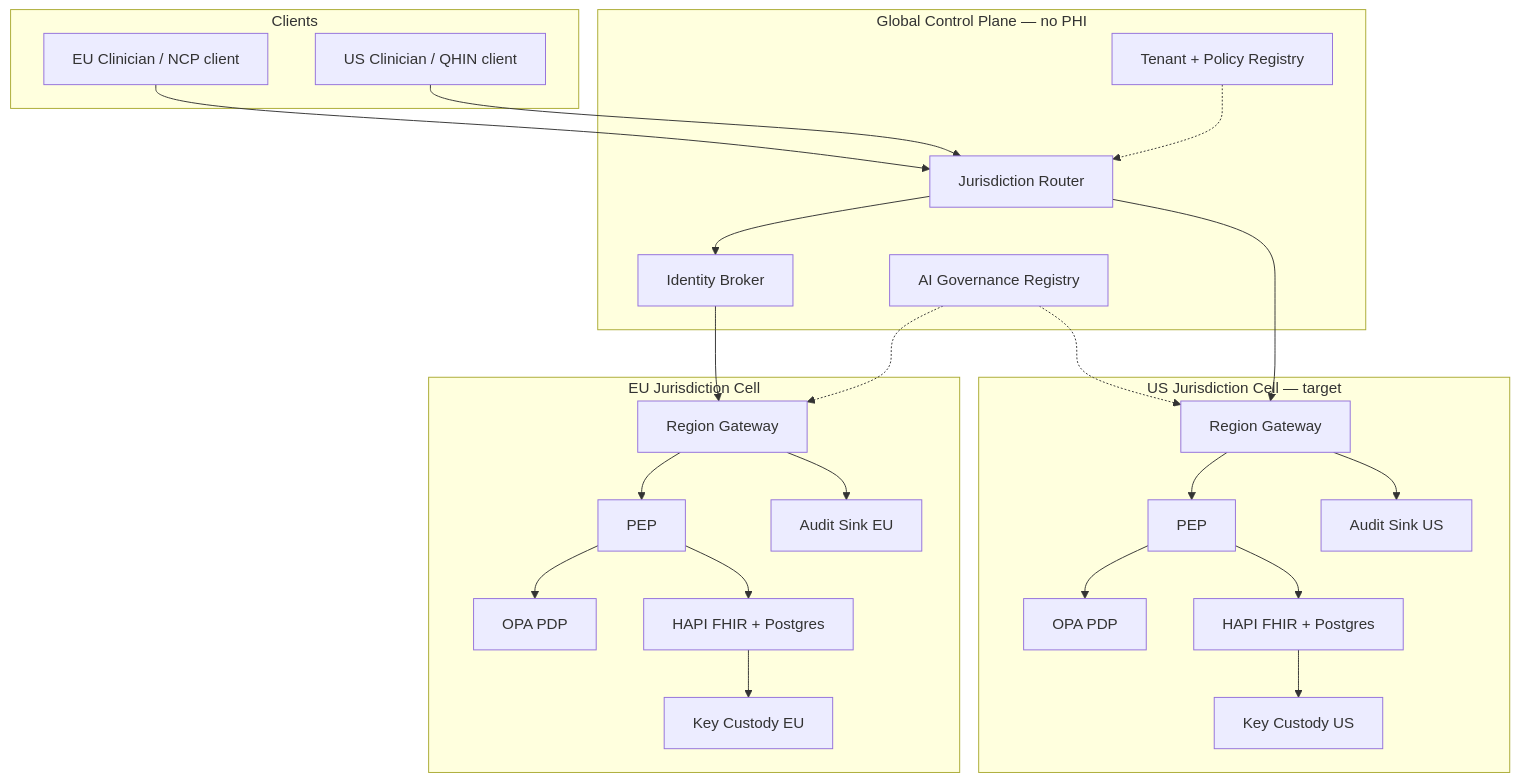
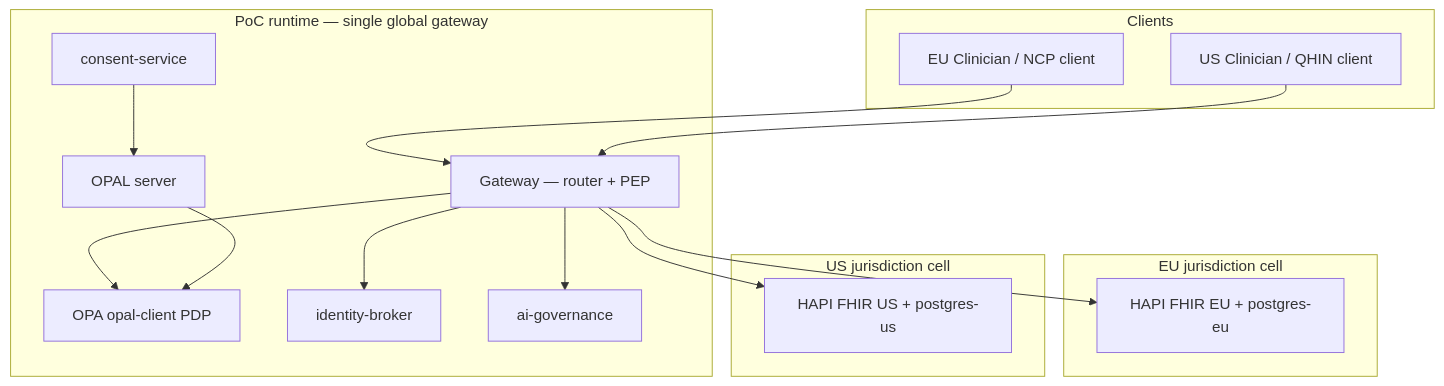
Before and after one commit to SafetyMP/Healthcare-Data-Exchange: the first of 2 diagrams in docs/architecture/overview.md, drawn with Mermaid. The commit also changed other lines of this file and 9 other files, not shown here.

First line of the commit message:
docs: align README and architecture docs with portfolio audit (#18)

````diff
--- a/docs/architecture/overview.md
+++ b/docs/architecture/overview.md
@@ -31,37 +31,34 @@
 ```mermaid
 flowchart TB
   subgraph clients [Clients]
     EUClin[EU Clinician / NCP client]
     USClin[US Clinician / QHIN client]
   end
 
-  subgraph global [Global Control Plane — no PHI]
-    Router[Jurisdiction Router]
-    Registry[Tenant + Policy Registry]
-    IdBroker[Identity Broker]
-    AIGov[AI Governance Registry]
+  subgraph poc [PoC runtime — single global gateway]
+    GW[Gateway — router + PEP]
+    OPA[OPA opal-client PDP]
+    CS[consent-service]
+    IB[identity-broker]
+    OPALS[OPAL server]
+    AIGov[ai-governance]
   end
 
-  subgraph eu [EU Jurisdiction Cell]
-    EGW[Region Gateway] --> EPEP[PEP] --> EOPA[OPA PDP]
-    EPEP --> EFHIR[HAPI FHIR + Postgres]
-    EFHIR --> EKMS[Key Custody EU]
-    EGW --> EAudit[Audit Sink EU]
+  subgraph eu [EU jurisdiction cell]
+    EFHIR[HAPI FHIR EU + postgres-eu]
   end
 
-  subgraph us [US Jurisdiction Cell — target]
-    UGW[Region Gateway] --> UPEP[PEP] --> UOPA[OPA PDP]
-    UPEP --> UFHIR[HAPI FHIR + Postgres]
-    UFHIR --> UKMS[Key Custody US]
-    UGW --> UAudit[Audit Sink US]
+  subgraph us [US jurisdiction cell]
+    UFHIR[HAPI FHIR US + postgres-us]
   end
 
-  EUClin --> Router
-  USClin --> Router
-  Router --> IdBroker
-  IdBroker --> EGW
-  Router --> UGW
-  Registry -.-> Router
-  AIGov -.-> EGW
-  AIGov -.-> UGW
+  EUClin --> GW
+  USClin --> GW
+  GW --> OPA
+  GW --> IB
+  GW --> EFHIR
+  GW --> UFHIR
+  GW --> AIGov
+  CS --> OPALS
+  OPALS --> OPA
 ```
````
